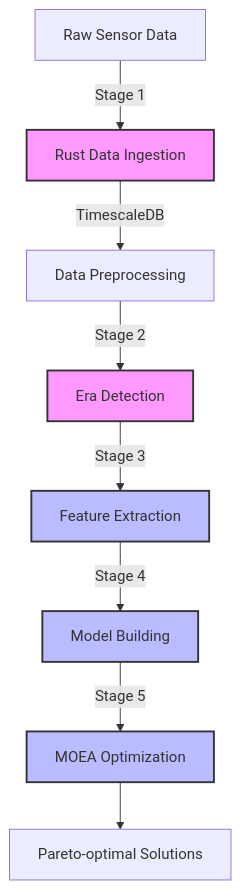
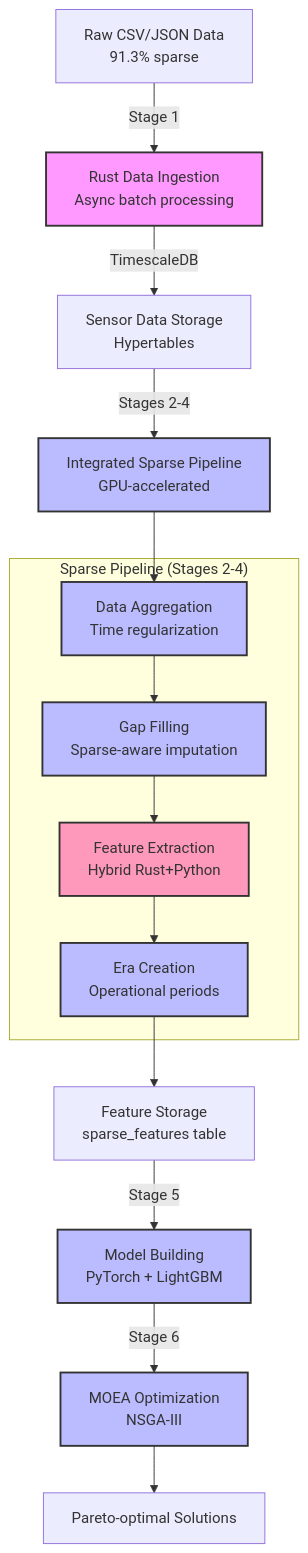
The diagram in DataIngestion/docs/architecture/PIPELINE_FLOW.md (Fnux8890/Proactive-thesis), drawn with Mermaid before and after one commit. The commit also changed other lines of this file and 152 other files, not shown here.

Commit message:
feat: implement GPU-accelerated growth and energy feature extraction kernels

````diff
--- a/DataIngestion/docs/architecture/PIPELINE_FLOW.md
+++ b/DataIngestion/docs/architecture/PIPELINE_FLOW.md
@@ -9,16 +28,29 @@
 ```mermaid
 graph TD
-    A[Raw Sensor Data] -->|Stage 1| B[Rust Data Ingestion]
-    B -->|TimescaleDB| C[Data Preprocessing]
-    C -->|Stage 2| D[Era Detection]
-    D -->|Stage 3| E[Feature Extraction]
-    E -->|Stage 4| F[Model Building]
-    F -->|Stage 5| G[MOEA Optimization]
+    A[Raw CSV/JSON Data<br/>91.3% sparse] -->|Stage 1| B[Rust Data Ingestion<br/>Async batch processing]
+    B -->|TimescaleDB| C[Sensor Data Storage<br/>Hypertables]
+    
+    C -->|Stages 2-4| D[Integrated Sparse Pipeline<br/>GPU-accelerated]
+    
+    subgraph "Sparse Pipeline (Stages 2-4)"
+        D1[Data Aggregation<br/>Time regularization] --> D2[Gap Filling<br/>Sparse-aware imputation]
+        D2 --> D3[Feature Extraction<br/>Hybrid Rust+Python]
+        D3 --> D4[Era Creation<br/>Operational periods]
+    end
+    
+    D --> D1
+    D4 --> E[Feature Storage<br/>sparse_features table]
+    
+    E -->|Stage 5| F[Model Building<br/>PyTorch + LightGBM]
+    F -->|Stage 6| G[MOEA Optimization<br/>NSGA-III]
     G --> H[Pareto-optimal Solutions]
     
     style B fill:#f9f,stroke:#333,stroke-width:2px
-    style D fill:#f9f,stroke:#333,stroke-width:2px
-    style E fill:#bbf,stroke:#333,stroke-width:2px
+    style D fill:#bbf,stroke:#333,stroke-width:2px
+    style D1 fill:#bbf,stroke:#333,stroke-width:2px
+    style D2 fill:#bbf,stroke:#333,stroke-width:2px
+    style D3 fill:#f9b,stroke:#333,stroke-width:2px
+    style D4 fill:#bbf,stroke:#333,stroke-width:2px
     style F fill:#bbf,stroke:#333,stroke-width:2px
     style G fill:#bbf,stroke:#333,stroke-width:2px
 ```
````
